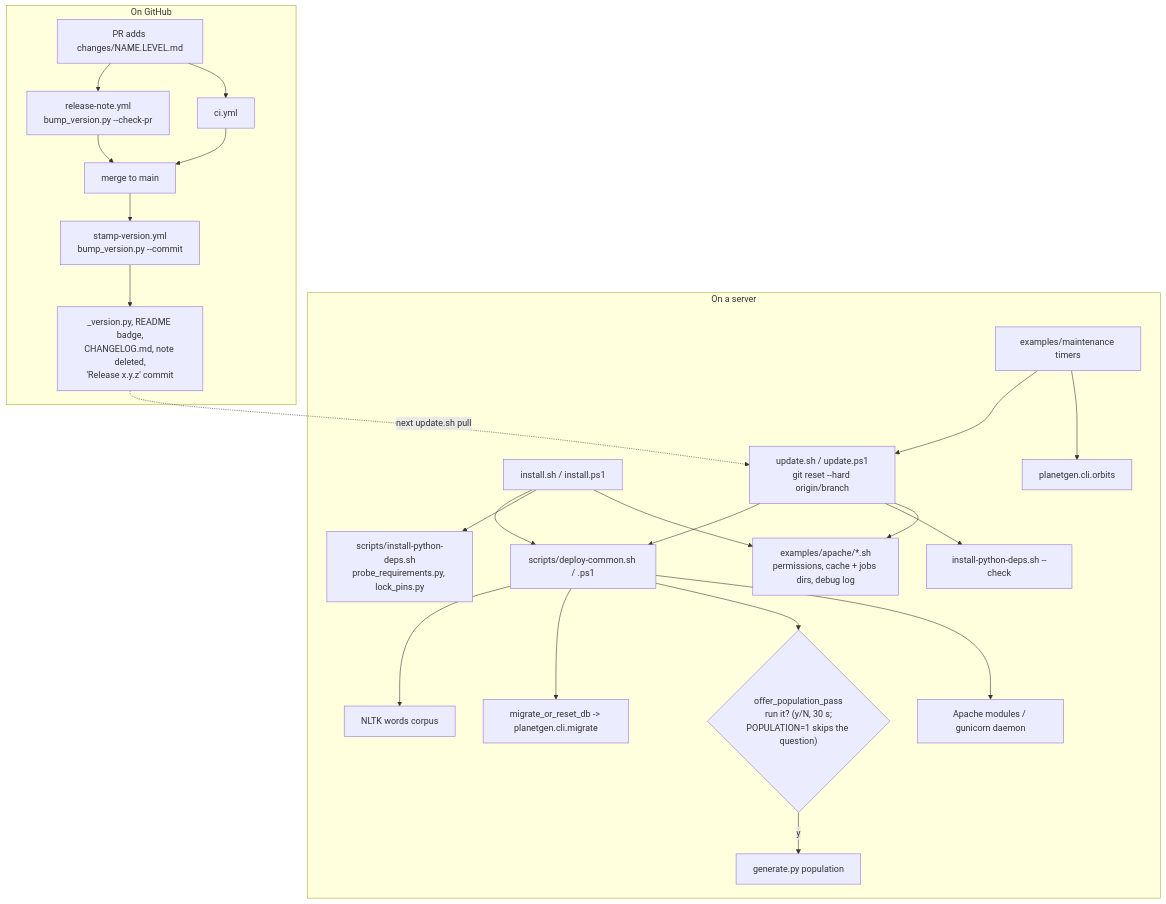
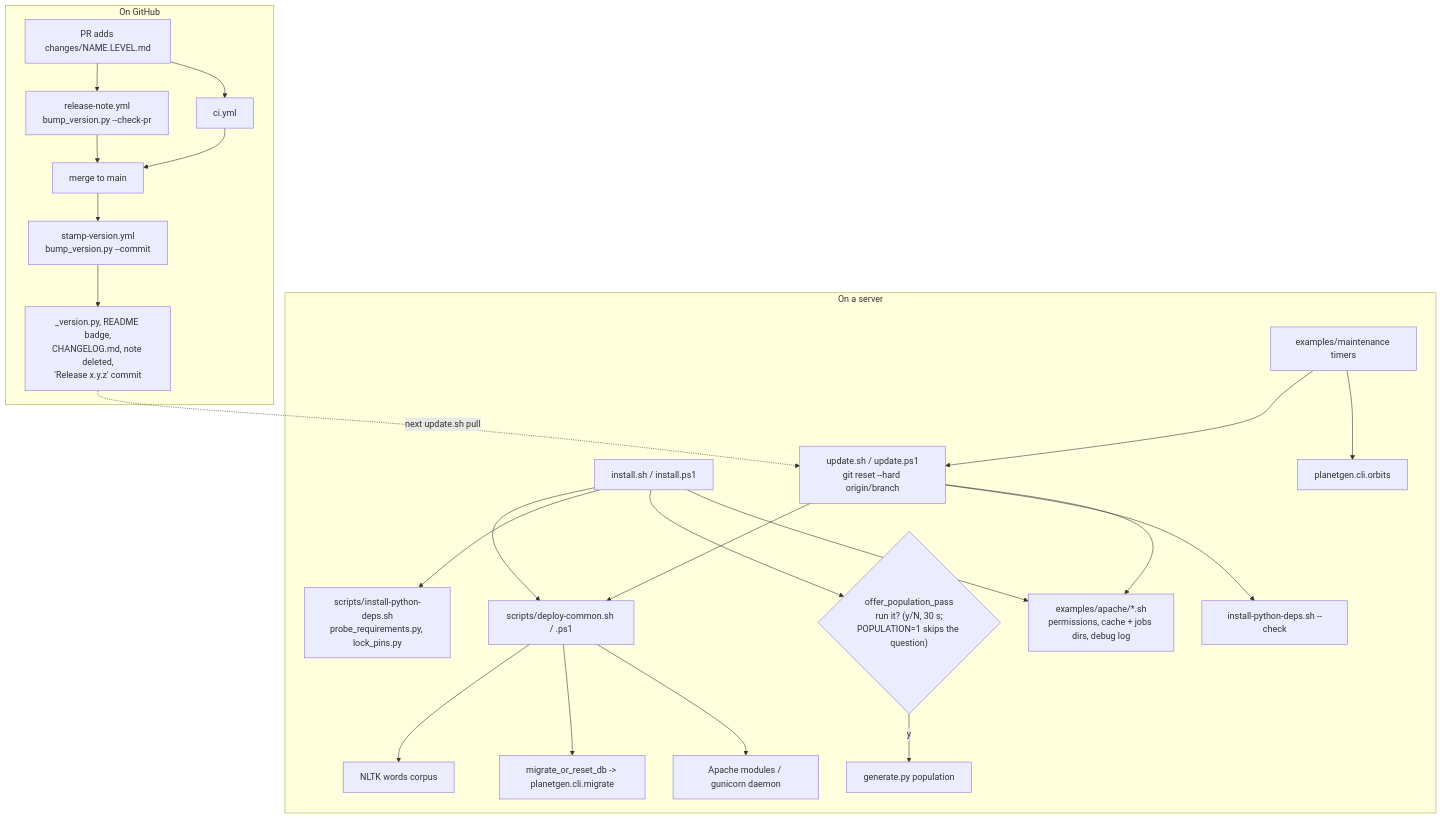
Before and after one commit to dwhagar/planetGen: the eighth of 8 diagrams in docs/design/architecture.md, drawn with Mermaid. The commit also changed other lines of this file and 40 other files, not shown here.

````diff
--- a/docs/design/architecture.md
+++ b/docs/design/architecture.md
@@ -722,27 +722,27 @@
 ```mermaid
 flowchart TD
     subgraph Server["On a server"]
         I["install.sh / install.ps1"] --> DC["scripts/deploy-common.sh / .ps1"]
         U["update.sh / update.ps1<br/>git reset --hard origin/branch"] --> DC
         I --> PD["scripts/install-python-deps.sh<br/>probe_requirements.py, lock_pins.py"]
         U --> PDC["install-python-deps.sh --check"]
         DC --> NL["NLTK words corpus"]
         DC --> MR["migrate_or_reset_db -> planetgen.cli.migrate"]
-        DC --> POP{"offer_population_pass<br/>run it? (y/N, 30 s;<br/>POPULATION=1 skips the question)"}
+        I --> POP{"offer_population_pass<br/>run it? (y/N, 30 s;<br/>POPULATION=1 skips the question)"}
         POP -->|"y"| GP["generate.py population"]
         DC --> WS["Apache modules / gunicorn daemon"]
         I --> EX["examples/apache/*.sh<br/>permissions, cache + jobs dirs, debug log"]
         U --> EX
         T["examples/maintenance timers"] --> U
         T --> UO["planetgen.cli.orbits"]
     end
     subgraph Release["On GitHub"]
         PR["PR adds changes/NAME.LEVEL.md"] --> RN["release-note.yml<br/>bump_version.py --check-pr"]
         PR --> CI["ci.yml"]
         RN --> Merge["merge to main"]
         CI --> Merge
         Merge --> SV["stamp-version.yml<br/>bump_version.py --commit"]
         SV --> Out["_version.py, README badge,<br/>CHANGELOG.md, note deleted,<br/>'Release x.y.z' commit"]
     end
     Out -. "next update.sh pull" .-> U
 ```
````
